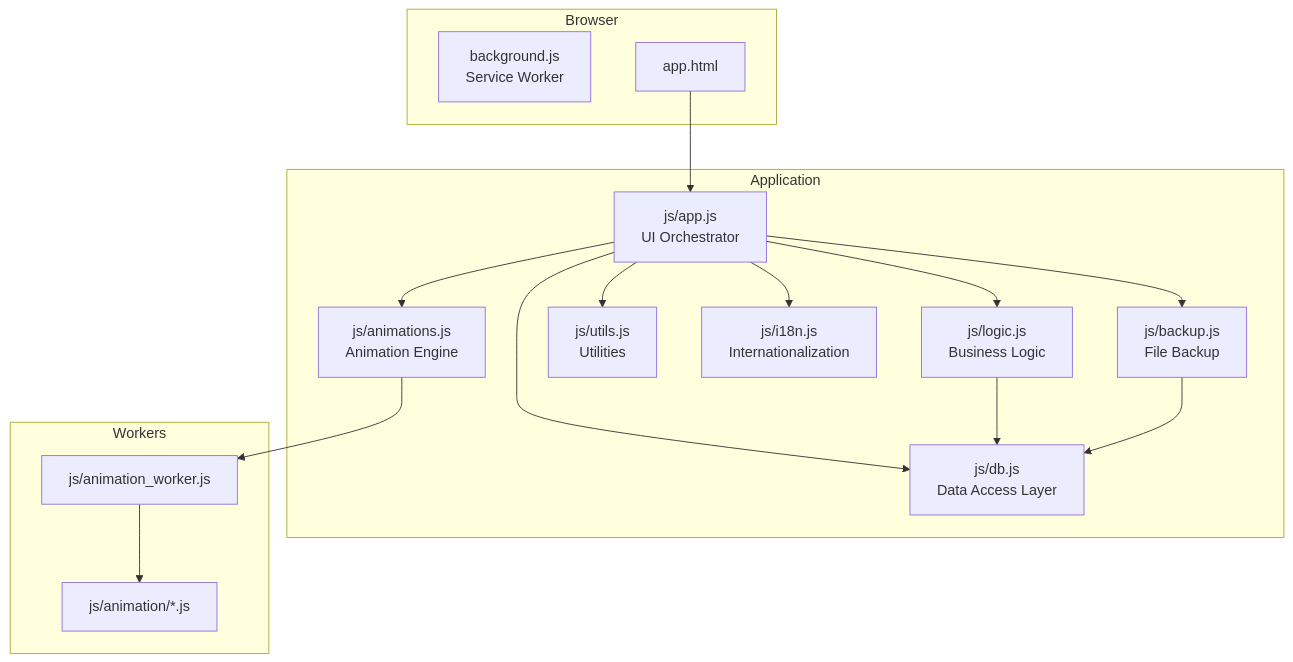
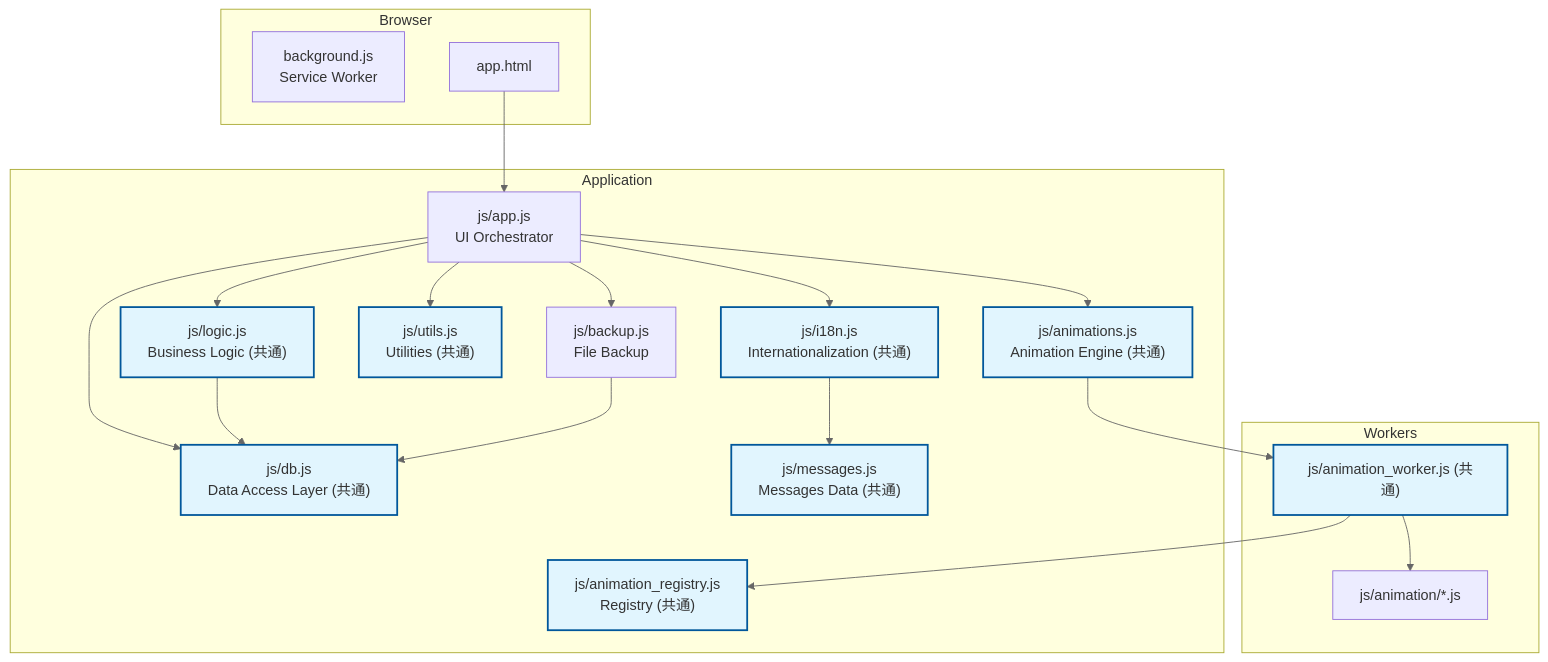
Before and after one commit to masanori-satake/QuickLog-Solo: the first of 6 diagrams in docs/README_DEV.md, drawn with Mermaid. The commit also changed other lines of this file, not shown here.

First line of the commit message:
docs: update README_DEV.md with sub-project details and state diagrams

````diff
--- a/docs/README_DEV.md
+++ b/docs/README_DEV.md
@@ -23,34 +25,42 @@
 ```mermaid
 graph TD
+    classDef common fill:#e1f5fe,stroke:#01579b,stroke-width:2px;
+
     subgraph Browser
         SW[background.js <br/>Service Worker]
         App[app.html]
     end
 
     subgraph Application
         AppJS[js/app.js <br/>UI Orchestrator]
-        Logic[js/logic.js <br/>Business Logic]
-        DB[js/db.js <br/>Data Access Layer]
+        Logic["js/logic.js <br/>Business Logic (共通)"]:::common
+        DB["js/db.js <br/>Data Access Layer (共通)"]:::common
         Backup[js/backup.js <br/>File Backup]
-        Utils[js/utils.js <br/>Utilities]
-        I18n[js/i18n.js <br/>Internationalization]
-        Anim[js/animations.js <br/>Animation Engine]
+        Utils["js/utils.js <br/>Utilities (共通)"]:::common
+        I18n["js/i18n.js <br/>Internationalization (共通)"]:::common
+        Messages["js/messages.js <br/>Messages Data (共通)"]:::common
+        Anim["js/animations.js <br/>Animation Engine (共通)"]:::common
+        Registry["js/animation_registry.js <br/>Registry (共通)"]:::common
     end
 
     subgraph Workers
-        AnimWorker[js/animation_worker.js]
+        AnimWorker["js/animation_worker.js (共通)"]:::common
         AnimModules[js/animation/*.js]
     end
 
     App --> AppJS
     AppJS --> Logic
     AppJS --> DB
     AppJS --> Utils
     AppJS --> I18n
     AppJS --> Anim
     AppJS --> Backup
     Logic --> DB
     Backup --> DB
     Anim --> AnimWorker
+    AnimWorker --> Registry
     AnimWorker --> AnimModules
+    I18n --> Messages
+
+    linkStyle default stroke:#666,stroke-width:1px;
 ```
````
